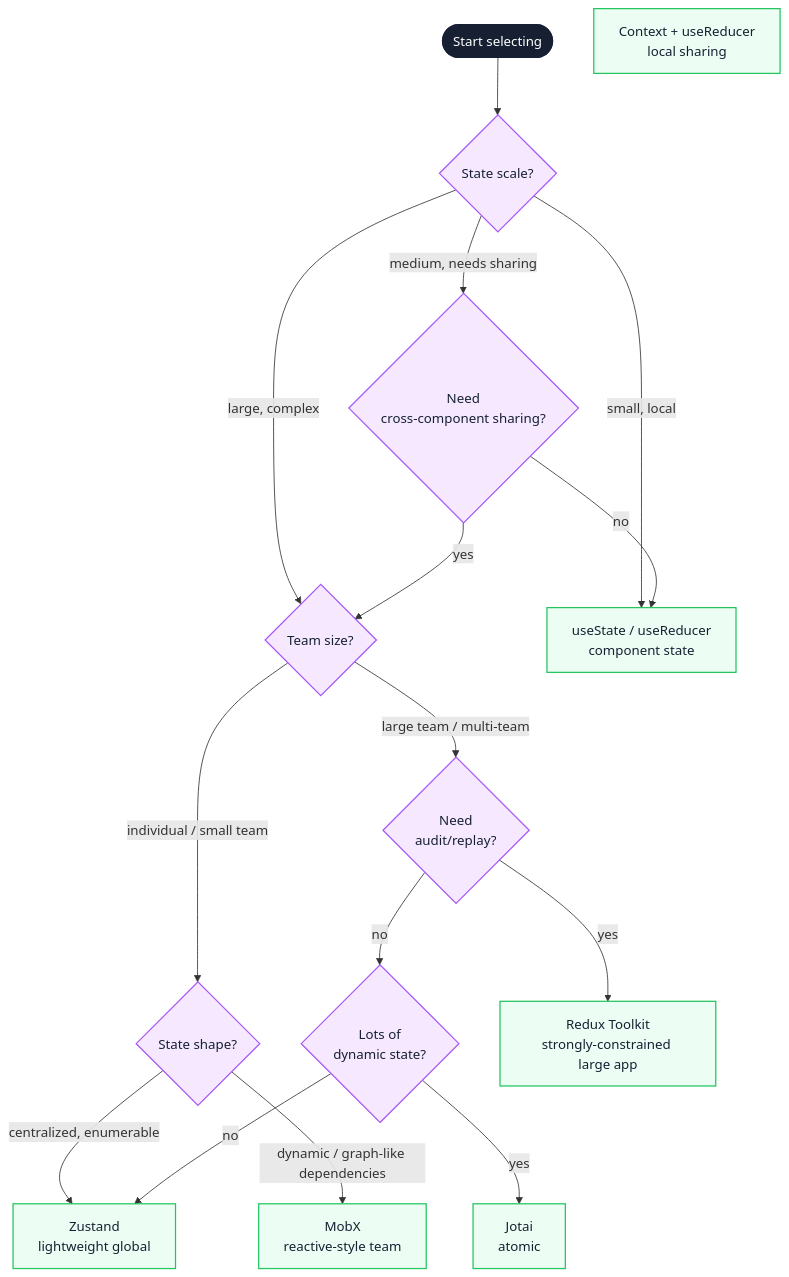
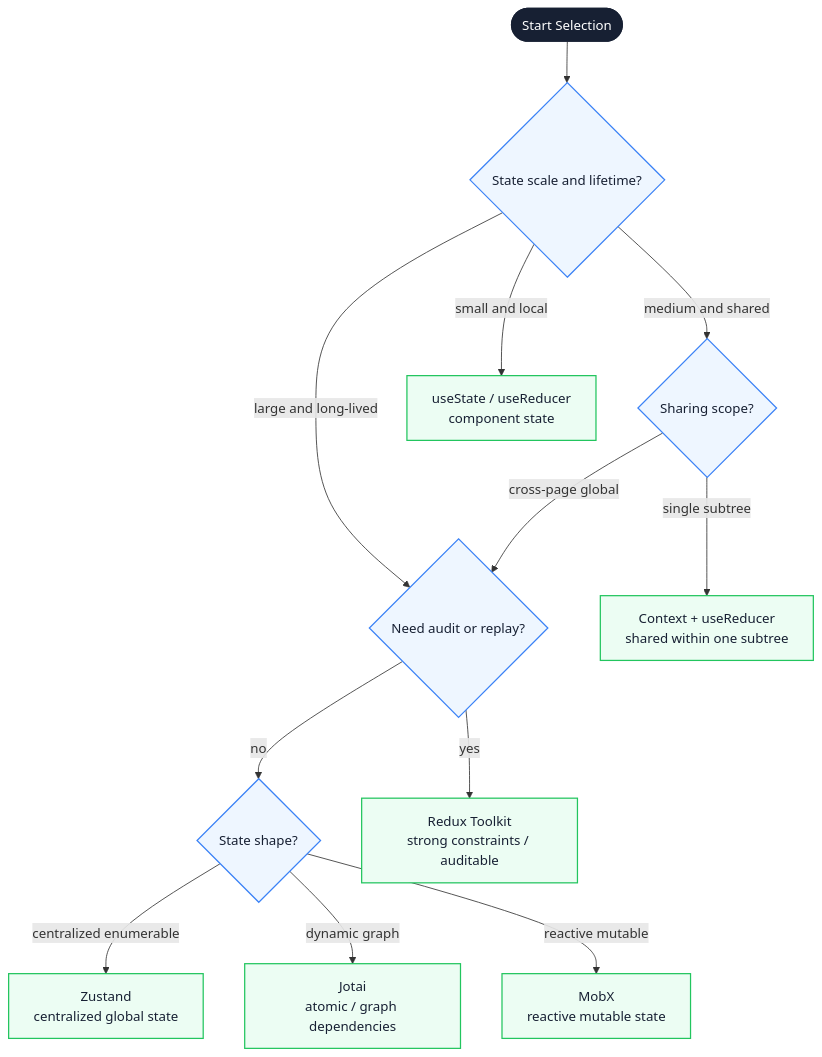
The sixth of 6 diagrams in docs/en/frameworks/state-management.md (Fatejian/frontier-vault), drawn with Mermaid before and after one commit. The commit also changed other lines of this file and 41 other files, not shown here.

````diff
--- a/docs/en/frameworks/state-management.md
+++ b/docs/en/frameworks/state-management.md
@@ -771,46 +854,36 @@
 ```mermaid
-%%{init: {'theme': 'base', 'themeVariables': { 'fontFamily': 'Inter, PingFang SC, Microsoft YaHei, sans-serif', 'primaryColor': '#EEF6FF', 'primaryTextColor': '#172033', 'primaryBorderColor': '#6EA8FE', 'lineColor': '#8A94A6', 'secondaryColor': '#F7F9FC', 'tertiaryColor': '#FFF7E6, 'fontSize': '13px'}}}%%
 flowchart TB
-    Start(["Start selecting"])
+    Start(["Start Selection"])
 
-    Q1{"State scale?"}
-    Q2{"Need<br/>cross-component sharing?"}
-    Q3{"Team size?"}
+    Q1{"State scale and lifetime?"}
+    Q2{"Sharing scope?"}
+    Q3{"Need audit or replay?"}
     Q4{"State shape?"}
-    Q5{"Need<br/>audit/replay?"}
-    Q6{"Lots of<br/>dynamic state?"}
 
     R1["useState / useReducer<br/>component state"]
-    R2["Context + useReducer<br/>local sharing"]
-    R3["Zustand<br/>lightweight global"]
-    R4["Jotai<br/>atomic"]
-    R5["Redux Toolkit<br/>strongly-constrained large app"]
-    R6["MobX<br/>reactive-style team"]
+    R2["Context + useReducer<br/>shared within one subtree"]
+    R3["Zustand<br/>centralized global state"]
+    R4["Jotai<br/>atomic / graph dependencies"]
+    R5["Redux Toolkit<br/>strong constraints / auditable"]
+    R6["MobX<br/>reactive mutable state"]
 
     Start --> Q1
-    Q1 -->|"small, local"| R1
-    Q1 -->|"medium, needs sharing"| Q2
-    Q1 -->|"large, complex"| Q3
+    Q1 -->|small and local| R1
+    Q1 -->|medium and shared| Q2
+    Q1 -->|large and long-lived| Q3
+    Q2 -->|single subtree| R2
+    Q2 -->|cross-page global| Q3
+    Q3 -->|yes| R5
+    Q3 -->|no| Q4
+    Q4 -->|centralized enumerable| R3
+    Q4 -->|dynamic graph| R4
+    Q4 -->|reactive mutable| R6
 
-    Q2 -->|"no"| R1
-    Q2 -->|"yes"| Q3
+    classDef core fill:#172033,color:#fff,stroke:#172033,stroke-width:2px;
+    classDef wait fill:#EEF6FF,stroke:#3B82F6,color:#172033,stroke-width:1.5px;
+    classDef work fill:#ECFDF3,stroke:#22C55E,color:#172033,stroke-width:1.5px;
 
-    Q3 -->|"individual / small team"| Q4
-    Q3 -->|"large team / multi-team"| Q5
-
-    Q4 -->|"centralized, enumerable"| R3
-    Q4 -->|"dynamic / graph-like dependencies"| R6
-    Q5 -->|"yes"| R5
-    Q5 -->|"no"| Q6
-
-    Q6 -->|"yes"| R4
-    Q6 -->|"no"| R3
-
-    classDef start fill:#172033,color:#fff,stroke:#172033,stroke-width:2px;
-    classDef question fill:#F5E8FF,stroke:#A855F7,color:#172033,stroke-width:1.5px;
-    classDef result fill:#ECFDF3,stroke:#22C55E,color:#172033,stroke-width:1.5px;
-
-    class Start start;
-    class Q1,Q2,Q3,Q4,Q5,Q6 question;
-    class R1,R2,R3,R4,R5,R6 result;
+    class Start core;
+    class Q1,Q2,Q3,Q4 wait;
+    class R1,R2,R3,R4,R5,R6 work;
 ```
````
